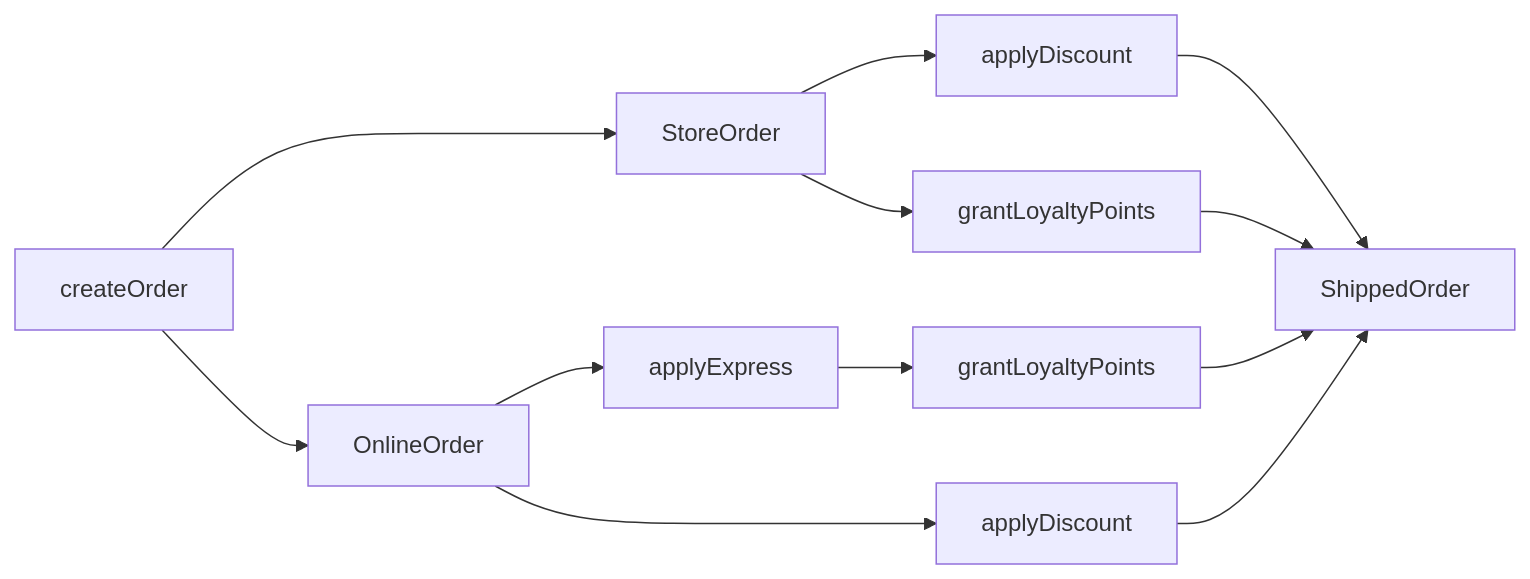
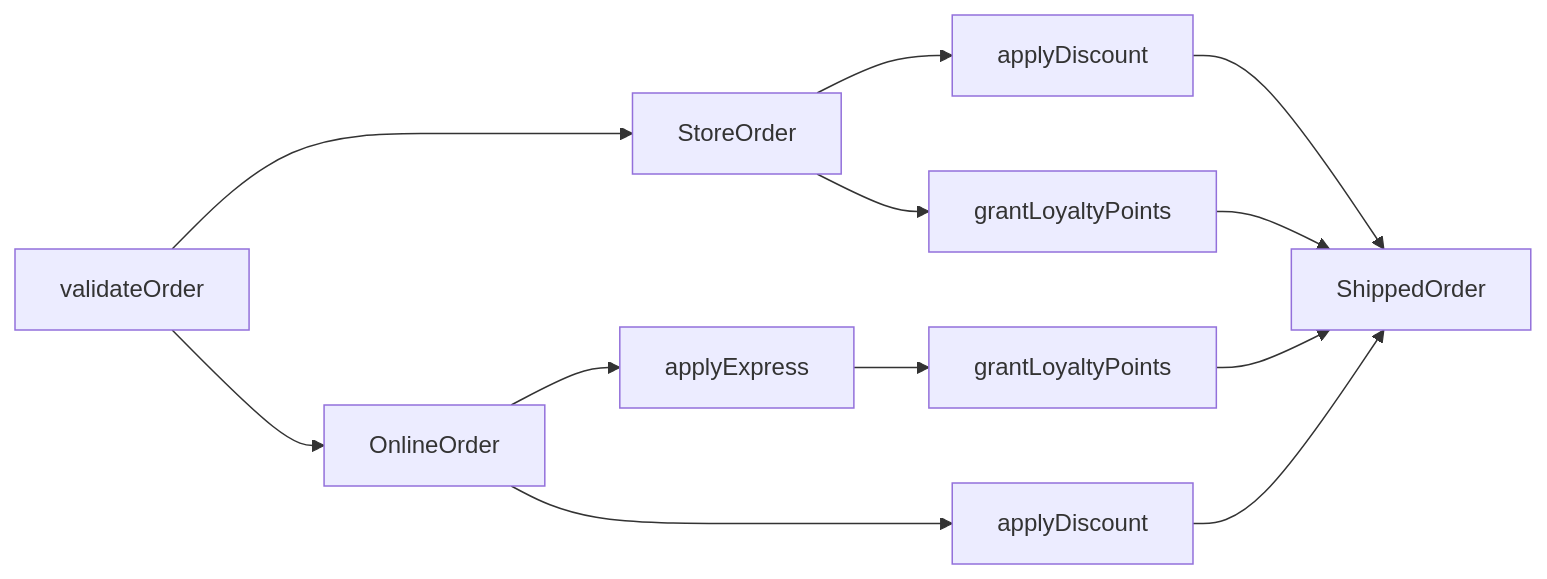
One commit to JohannesKlauss/functional-domain-modeling changed the fifth of 6 diagrams in slides.md. Above: the diagram before and after it, drawn with Mermaid. The commit also changed other lines of this file, not shown here.

````diff
--- a/slides.md
+++ b/slides.md
@@ -136,12 +137,12 @@
 ```mermaid
 flowchart LR
-  createOrder --> StoreOrder & OnlineOrder
+  validateOrder --> StoreOrder & OnlineOrder
   StoreOrder --> LocalDiscount[applyDiscount]
   StoreOrder --> LocalLoyalty[grantLoyaltyPoints]
   LocalDiscount[applyDiscount] --> ShippedOrder
   LocalLoyalty[grantLoyaltyPoints] --> ShippedOrder
   OnlineOrder --> OnlineDiscount[applyDiscount] 
   OnlineOrder --> Express[applyExpress] --> OnlineLoyalty[grantLoyaltyPoints]
   OnlineLoyalty --> ShippedOrder
   OnlineDiscount --> ShippedOrder
 ```
````
